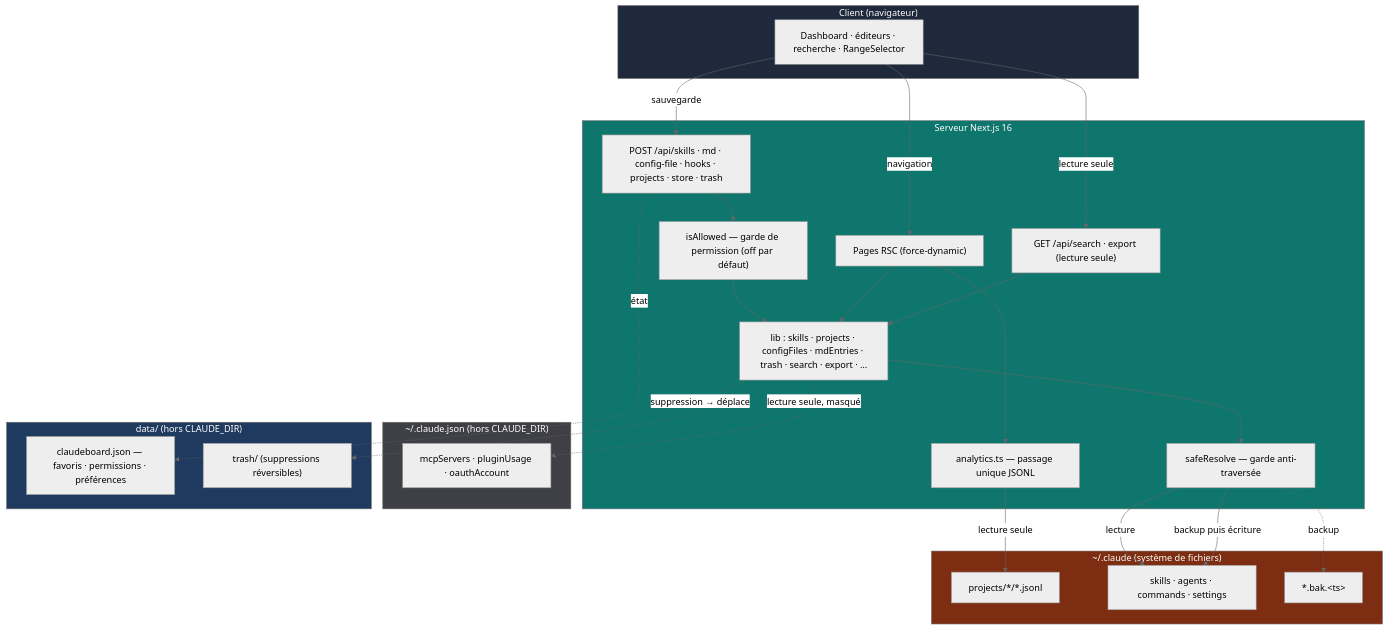
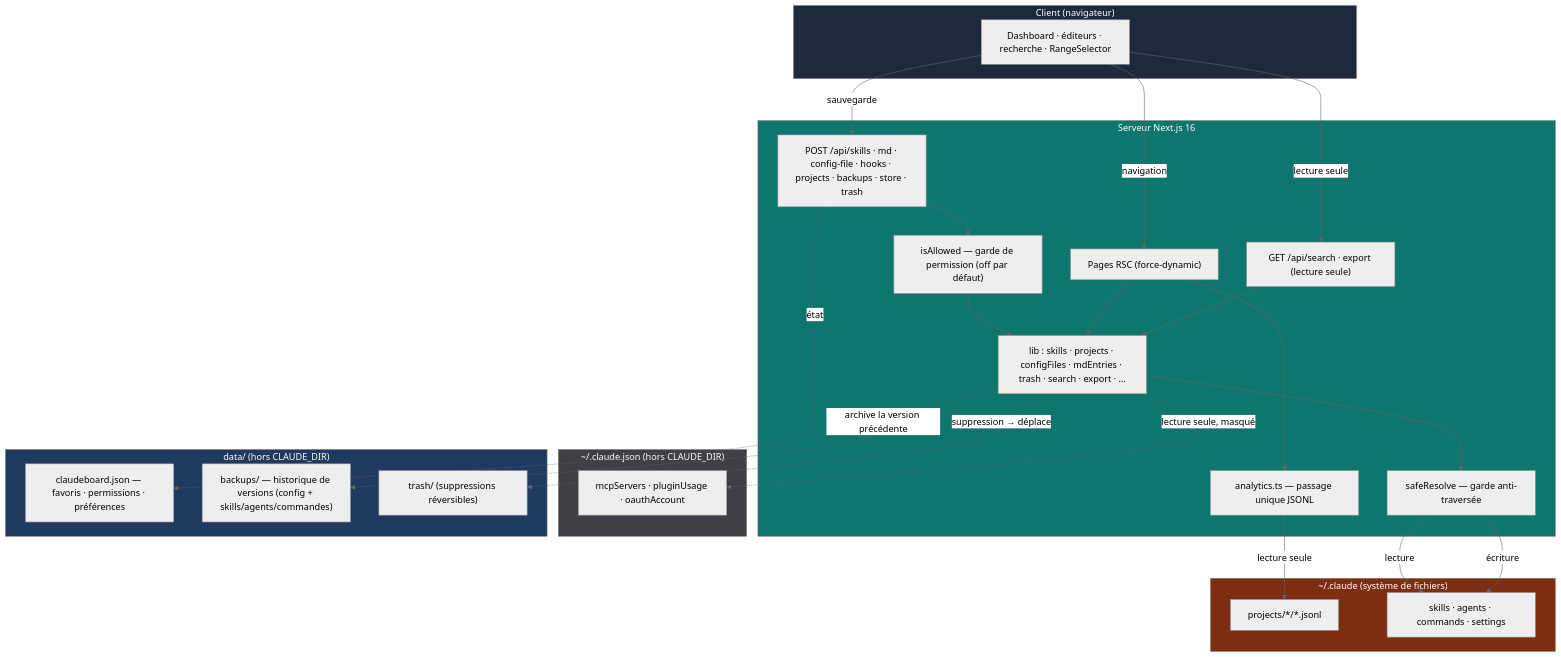
The diagram in README.fr.md (maximebgd/claudeboard), drawn with Mermaid (neutral theme) before and after one commit. The commit also changed other lines of this file and 1 other file, not shown here.

Commit message:
feat(docs): update README to reflect version history and backup features for skills, agents, and commands

````diff
--- a/README.fr.md
+++ b/README.fr.md
@@ -153,50 +153,50 @@
 ```mermaid
 flowchart TD
     subgraph CLIENT["Client (navigateur)"]
       UI["Dashboard · éditeurs · recherche · RangeSelector"]
     end
     subgraph SERVER["Serveur Next.js 16"]
       PAGES["Pages RSC (force-dynamic)"]
-      API["POST /api/skills · md · config-file · hooks · projects · store · trash"]
+      API["POST /api/skills · md · config-file · hooks · projects · backups · store · trash"]
       RO["GET /api/search · export (lecture seule)"]
       PERM["isAllowed — garde de permission (off par défaut)"]
       ANALYTICS["analytics.ts — passage unique JSONL"]
       LIB["lib : skills · projects · configFiles · mdEntries · trash · search · export · …"]
       GUARD["safeResolve — garde anti-traversée"]
     end
     subgraph FS["~/.claude (système de fichiers)"]
       TRANSCRIPTS["projects/*/*.jsonl"]
       SKILLS["skills · agents · commands · settings"]
-      BAK["*.bak.&lt;ts&gt;"]
     end
     subgraph EXT["~/.claude.json (hors CLAUDE_DIR)"]
       MCP["mcpServers · pluginUsage · oauthAccount"]
     end
     subgraph DATA["data/ (hors CLAUDE_DIR)"]
       STORE["claudeboard.json — favoris · permissions · préférences"]
+      BACKUPS["backups/ — historique de versions (config + skills/agents/commandes)"]
       TRASH["trash/ (suppressions réversibles)"]
     end
 
     UI -->|navigation| PAGES
     UI -->|sauvegarde| API
     UI -->|lecture seule| RO
     API --> PERM
     PERM --> LIB
     PAGES --> ANALYTICS
     PAGES --> LIB
     RO --> LIB
     API -.->|état| STORE
     ANALYTICS -->|lecture seule| TRANSCRIPTS
     LIB --> GUARD
     GUARD -->|lecture| SKILLS
-    GUARD -->|backup puis écriture| SKILLS
-    GUARD -.->|backup| BAK
+    GUARD -->|écriture| SKILLS
+    LIB -.->|archive la version précédente| BACKUPS
     LIB -.->|suppression → déplace| TRASH
     LIB -.->|lecture seule, masqué| MCP
 
     style CLIENT fill:#1e293b,color:#fff
     style SERVER fill:#0f766e,color:#fff
     style FS fill:#7c2d12,color:#fff
     style EXT fill:#3f3f46,color:#fff
     style DATA fill:#1e3a5f,color:#fff
 ```
````
